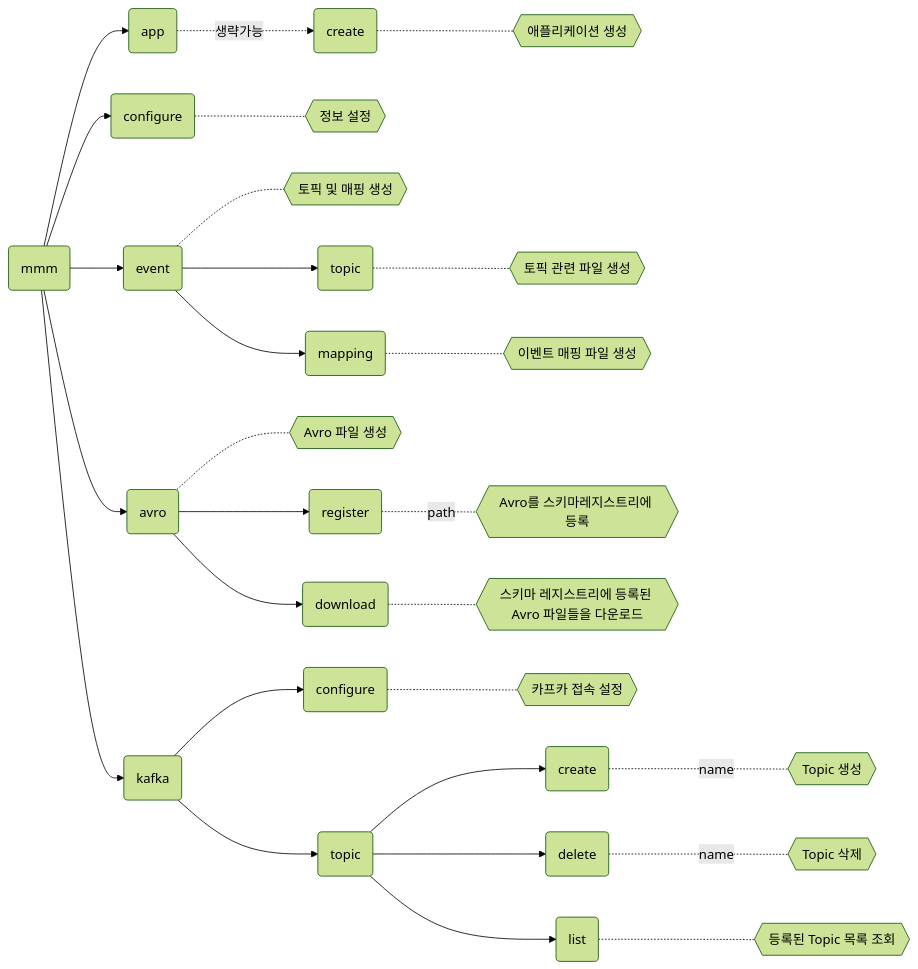
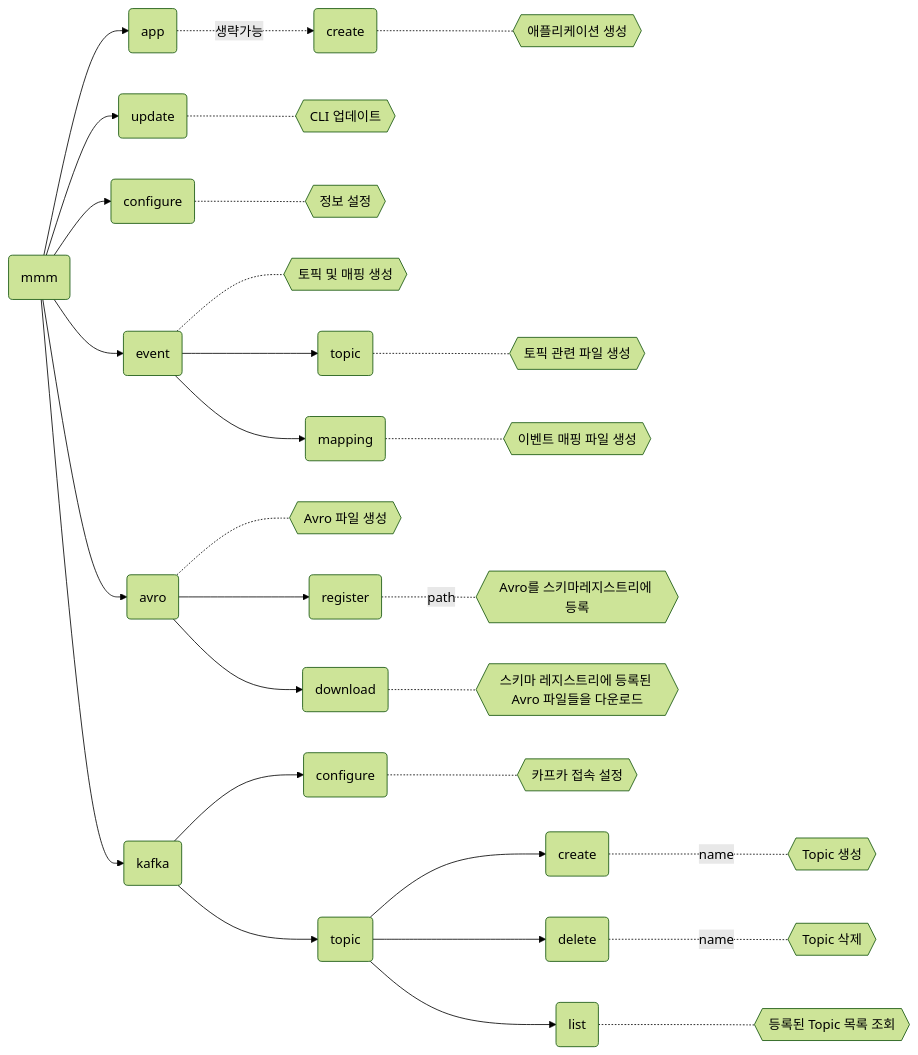
One commit to monolith-taehyun/mommos-cli changed the diagram in README.md. Above: the diagram before and after it, drawn with Mermaid (forest theme). The commit also changed other lines of this file and 7 other files, not shown here.

````diff
--- a/README.md
+++ b/README.md
@@ -61,27 +70,30 @@
 ```mermaid
 graph LR
 
 Main(mmm) --> APP(app)
+Main --> UPDATE(update)
 Main --> CONF(configure)
 Main --> EVENT(event)
 Main --> AVRO(avro)
 Main --> KAFKA(kafka)
 
 APP -.-> |생략가능| APP_CREATE(create) -.- ACR{{애플리케이션 생성}}
+
+UPDATE -.- UP_DESC{{CLI 업데이트}}
 
 CONF -.- CONF_DESC{{정보 설정}}
 
 EVENT -.- ER{{토픽 및 매핑 생성}}
 EVENT --> EVENT_TOPIC(topic) -.- ETR{{토픽 관련 파일 생성}}
 EVENT --> EVENT_MAPPING(mapping) -.- EMR{{이벤트 매핑 파일 생성}}
 
 AVRO -.- AVCR{{Avro 파일 생성}}
 AVRO --> AVRO_REGISTER(register) -.- |path| AVREGR{{Avro를 스키마레지스트리에 등록}}
 AVRO --> AVRO_DOWNLOAD(download) -.- AVDOWR{{스키마 레지스트리에 등록된 Avro 파일들을 다운로드}}
 
 KAFKA --> KAFKA_CONF(configure) -.- KTCONFR{{카프카 접속 설정}}
 KAFKA --> KAFKA_TOPIC(topic)
 KAFKA_TOPIC --> KAFKA_TOPIC_CREATE(create) -.- |name|KTCR{{Topic 생성}}
 KAFKA_TOPIC --> KAFKA_TOPIC_DELETE(delete) -.- |name|KTDR{{Topic 삭제}}
 KAFKA_TOPIC --> KAFKA_TOPIC_LIST(list) -.- KTLR{{등록된 Topic 목록 조회}}
 ```
````
